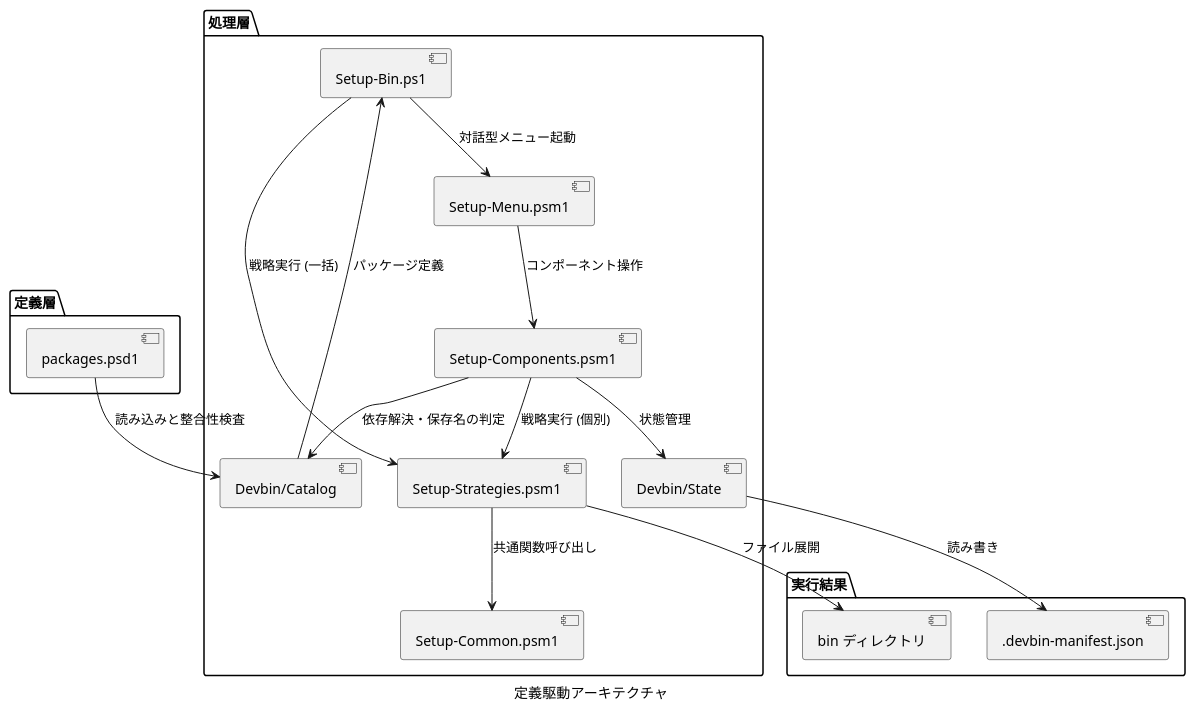
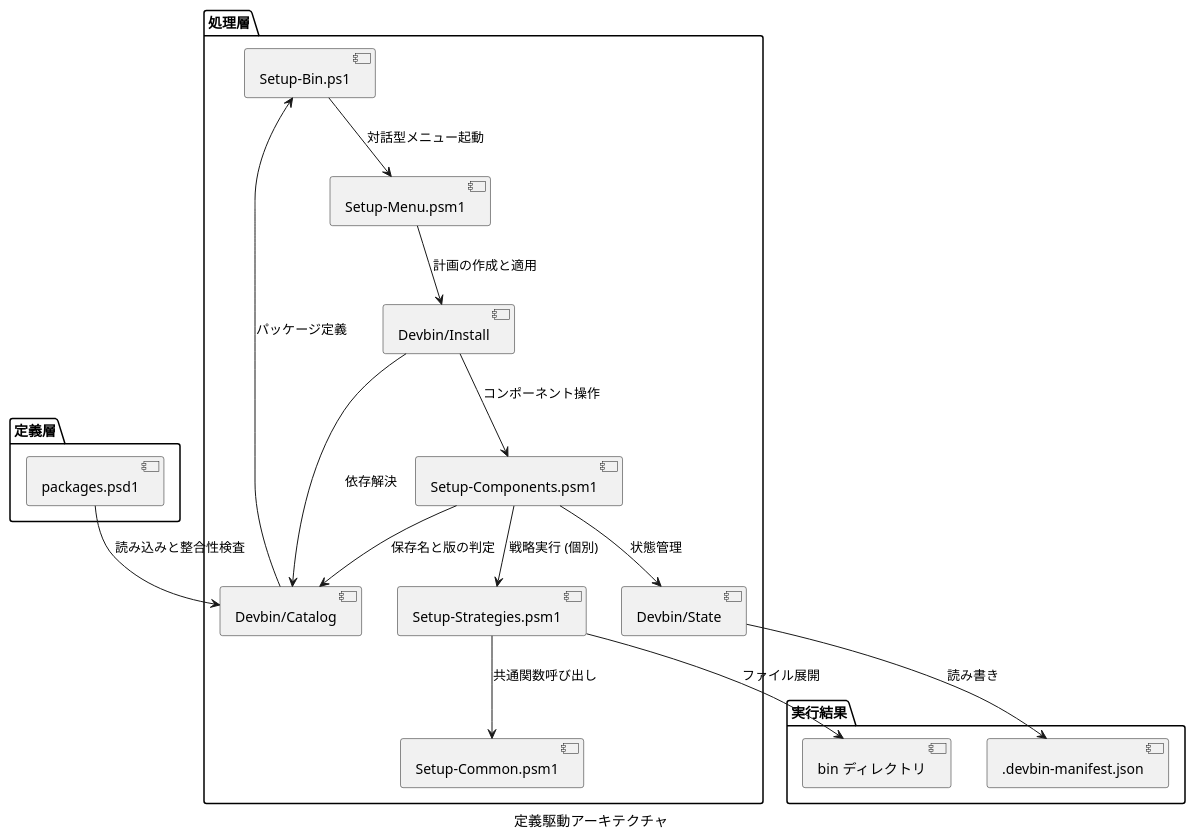
Before and after one commit to Hondarer/devbin-win: the first of 2 diagrams in docs/setup-bin-design.md, drawn with PlantUML. The commit also changed other lines of this file and 10 other files, not shown here.

````diff
--- a/docs/setup-bin-design.md
+++ b/docs/setup-bin-design.md
@@ -34,35 +34,37 @@
 ```plantuml
 @startuml 定義駆動アーキテクチャ
 caption 定義駆動アーキテクチャ
 package "定義層" {
   [packages.psd1] as config
 }
 
 package "処理層" {
   [Setup-Bin.ps1] as main
   [Setup-Strategies.psm1] as strategies
   [Setup-Common.psm1] as common
   [Devbin/Catalog] as catalog
   [Devbin/State] as state
+  [Devbin/Install] as plan
   [Setup-Components.psm1] as components
   [Setup-Menu.psm1] as menu
 }
 
 package "実行結果" {
   [bin ディレクトリ] as bin
   [.devbin-manifest.json] as mfile
 }
 
 config --> catalog : 読み込みと整合性検査
 catalog --> main : パッケージ定義
-main --> strategies : 戦略実行 (一括)
 main --> menu : 対話型メニュー起動
-menu --> components : コンポーネント操作
-components --> catalog : 依存解決・保存名の判定
+menu --> plan : 計画の作成と適用
+plan --> components : コンポーネント操作
+plan --> catalog : 依存解決
+components --> catalog : 保存名と版の判定
 components --> strategies : 戦略実行 (個別)
 components --> state : 状態管理
 strategies --> common : 共通関数呼び出し
 strategies --> bin : ファイル展開
 state --> mfile : 読み書き
 @enduml
 ```
````
